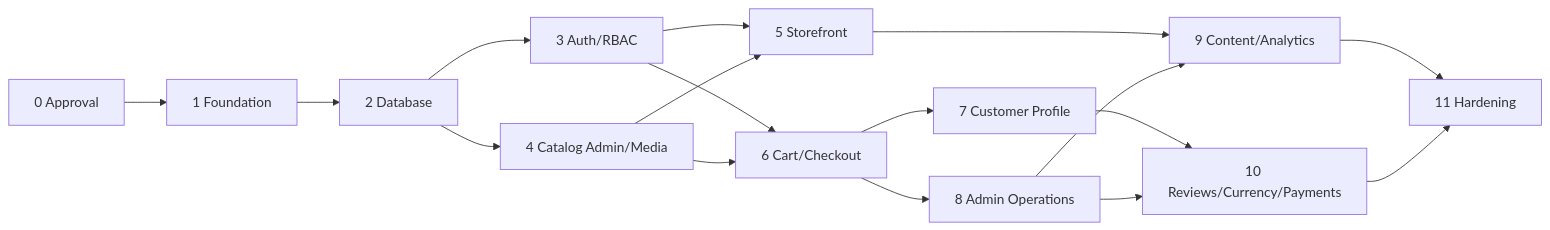
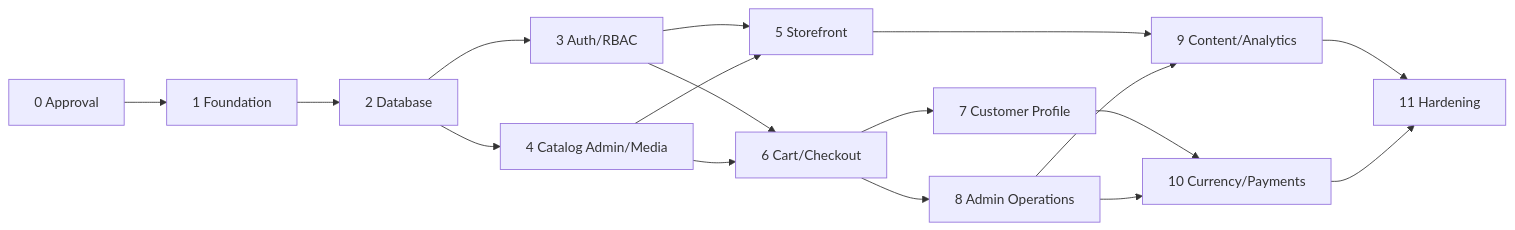
The diagram in docs/08-IMPLEMENTATION-PLAN.md (neetrino/Ruben), drawn with Mermaid before and after one commit. The commit also changed other lines of this file and 79 other files, not shown here.

````diff
--- a/docs/08-IMPLEMENTATION-PLAN.md
+++ b/docs/08-IMPLEMENTATION-PLAN.md
@@ -205,19 +203,19 @@
 ```mermaid
 flowchart LR
   P0["0 Approval"] --> P1["1 Foundation"]
   P1 --> P2["2 Database"]
   P2 --> P3["3 Auth/RBAC"]
   P2 --> P4["4 Catalog Admin/Media"]
   P3 --> P5["5 Storefront"]
   P4 --> P5
   P3 --> P6["6 Cart/Checkout"]
   P4 --> P6
   P6 --> P7["7 Customer Profile"]
   P6 --> P8["8 Admin Operations"]
   P5 --> P9["9 Content/Analytics"]
   P8 --> P9
-  P7 --> P10["10 Reviews/Currency/Payments"]
+  P7 --> P10["10 Currency/Payments"]
   P8 --> P10
   P9 --> P11["11 Hardening"]
   P10 --> P11
 ```
````
